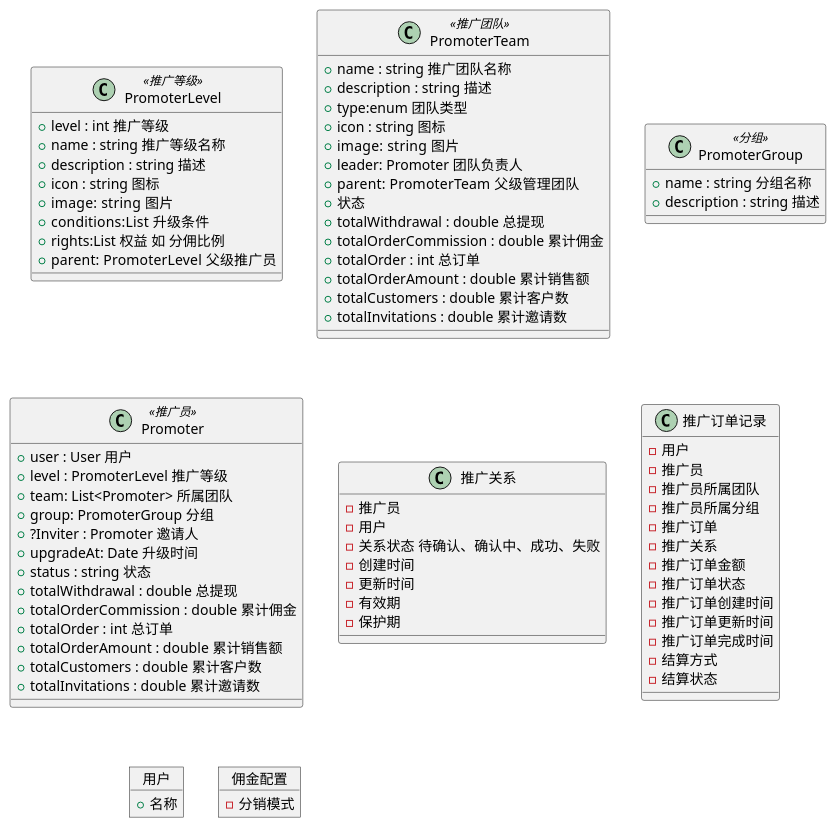
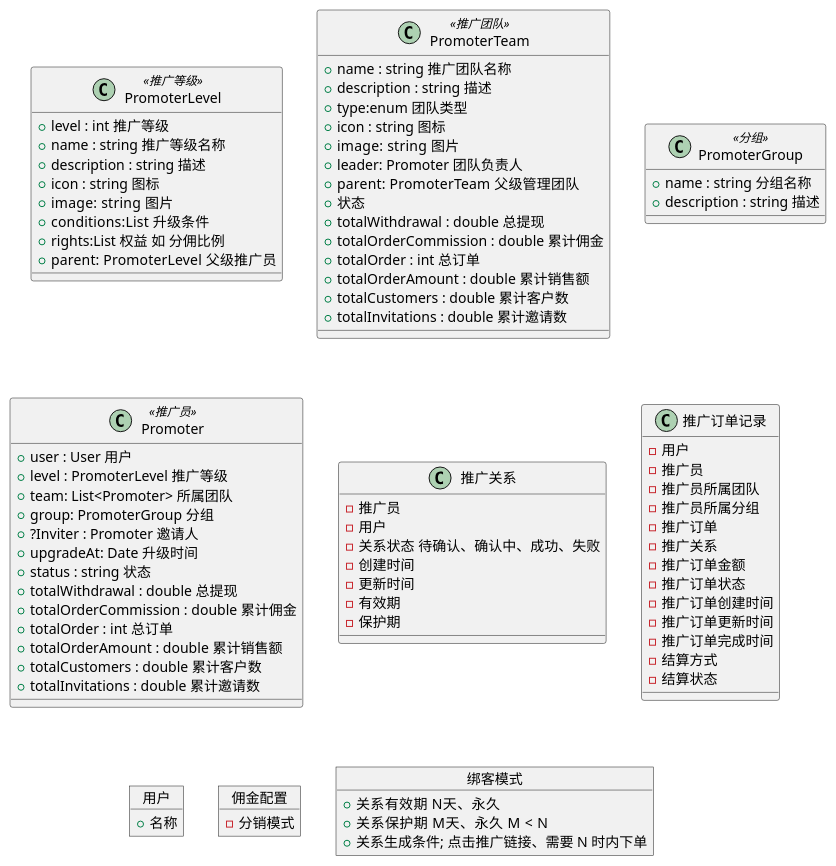
The diagram in docs/distribution/distribution.puml (red-jasmine/framework), drawn with PlantUML before and after one commit.

Commit message:
docs:补充完善绑客模式相关说明
- 在 distribution.puml 文件中添加了绑客模式的对象和相关属性
- 新增了关系有效期、保护期等概念的描述
- 明确了关系生成条件和相关时间限制

```diff
--- a/docs/distribution/distribution.puml
+++ b/docs/distribution/distribution.puml
@@ -1,91 +1,98 @@
 @startuml
 'https://plantuml.com/class-diagram
 
 
 class PromoterLevel<<推广等级>> {
 +level : int 推广等级
 +name : string 推广等级名称
 +description : string 描述
 +icon : string 图标
 +image:  string 图片
 +conditions:List  升级条件
 +rights:List 权益 如 分佣比例
 +parent:  PromoterLevel 父级推广员
 }
 class PromoterTeam<<推广团队>>{
 +name : string 推广团队名称
 +description : string 描述
 +type:enum 团队类型
 +icon : string 图标
 +image:  string 图片
 +leader: Promoter 团队负责人
 + parent:  PromoterTeam 父级管理团队
 + 状态
 + totalWithdrawal : double 总提现
 + totalOrderCommission : double 累计佣金
 + totalOrder : int 总订单
 + totalOrderAmount : double 累计销售额
 + totalCustomers : double 累计客户数
 + totalInvitations : double 累计邀请数
 }
 
 class PromoterGroup<<分组>>{
 +name : string 分组名称
 + description : string 描述
 }
 
 class Promoter<<推广员>> {
 + user : User 用户
 + level : PromoterLevel 推广等级
 + team: List<Promoter> 所属团队
 + group: PromoterGroup 分组
 + ?Inviter : Promoter 邀请人
 + upgradeAt: Date 升级时间
 + status : string 状态
 + totalWithdrawal : double 总提现
 + totalOrderCommission : double 累计佣金
 + totalOrder : int 总订单
 + totalOrderAmount : double 累计销售额
 + totalCustomers : double 累计客户数
 + totalInvitations : double 累计邀请数
 }
 
 
 class 推广关系{
 - 推广员
 - 用户
 - 关系状态 待确认、确认中、成功、失败
 - 创建时间
 - 更新时间
 - 有效期
 - 保护期
 }
 
 class  推广订单记录{
 - 用户
 - 推广员
 - 推广员所属团队
 - 推广员所属分组
 - 推广订单
 - 推广关系
 - 推广订单金额
 - 推广订单状态
 - 推广订单创建时间
 - 推广订单更新时间
 - 推广订单完成时间
 - 结算方式
 - 结算状态
 }
 
 
 object 用户{
  +名称
 }
 
 
 object 佣金配置{
 - 分销模式
 
 }
 
+
+object 绑客模式{
++关系有效期  N天、永久
++关系保护期  M天、永久  M < N
++关系生成条件; 点击推广链接、需要 N 时内下单
+}
+
 @enduml
```
